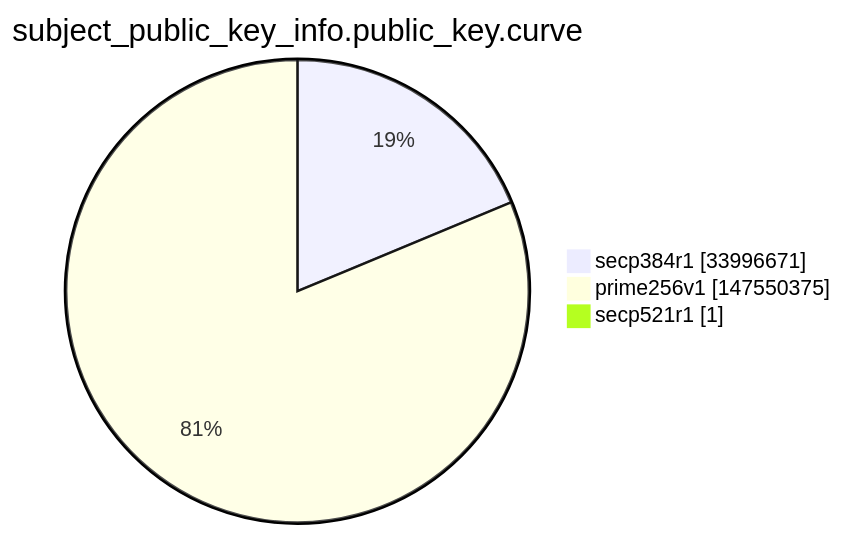
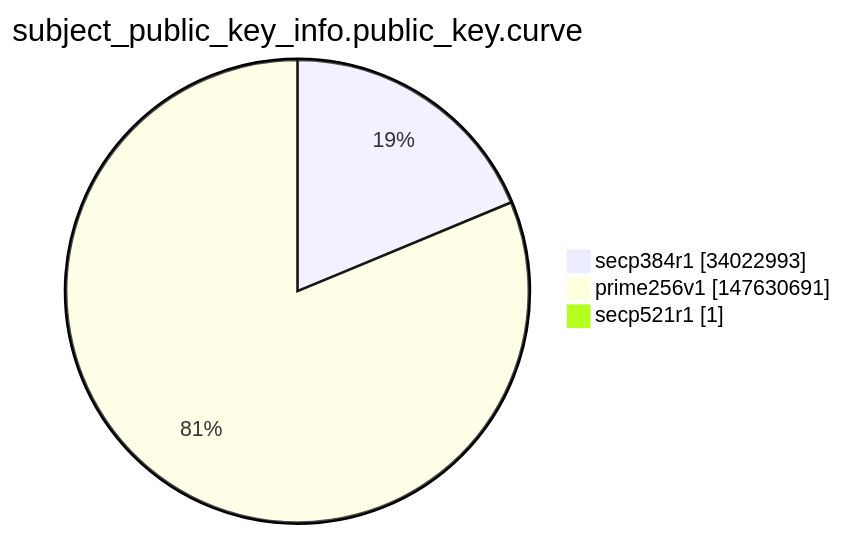
Before and after one commit to christiankrug/ctmonitor_visualization: the ninth of 15 diagrams in argon2022/README.md, drawn with Mermaid. The commit also changed other lines of this file, not shown here.

````diff
--- a/argon2022/README.md
+++ b/argon2022/README.md
@@ -2764,7 +2764,7 @@
 ```mermaid
 pie showData
 title subject_public_key_info.public_key.curve
-"secp384r1" :33996671
-"prime256v1" :147550375
+"secp384r1" :34022993
+"prime256v1" :147630691
 "secp521r1" :1
 ```
````
